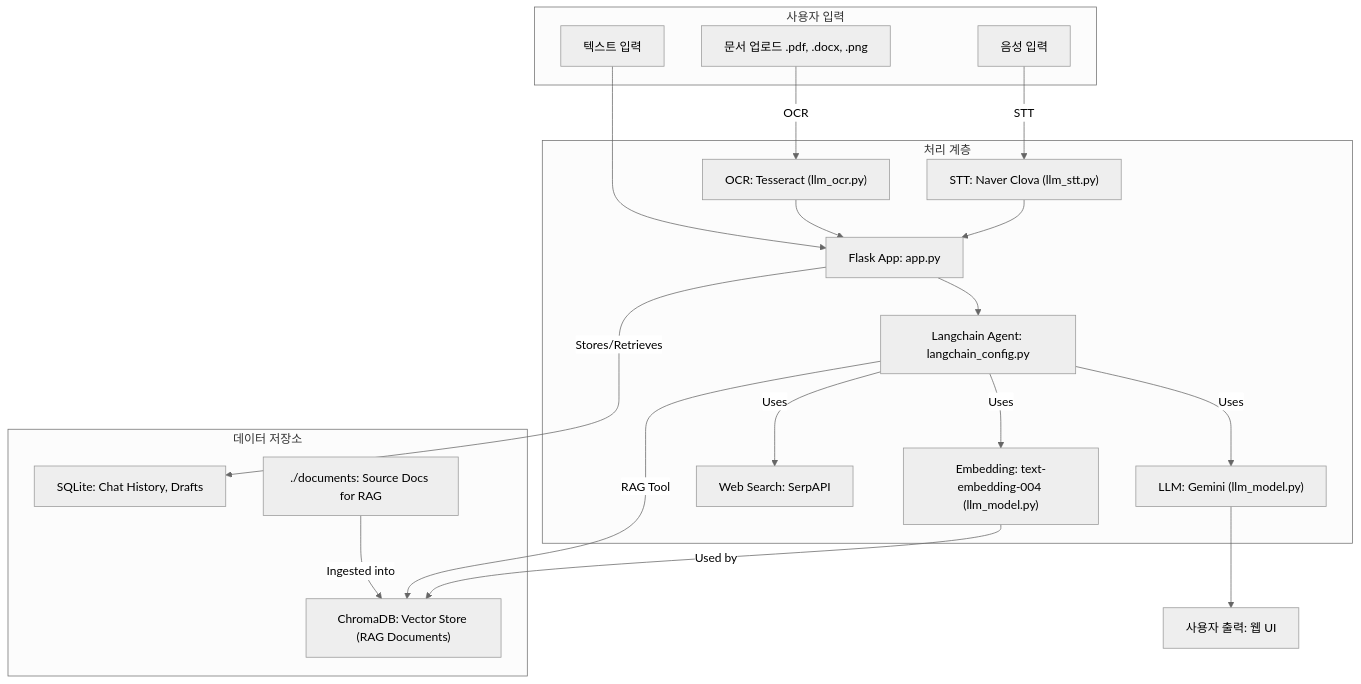
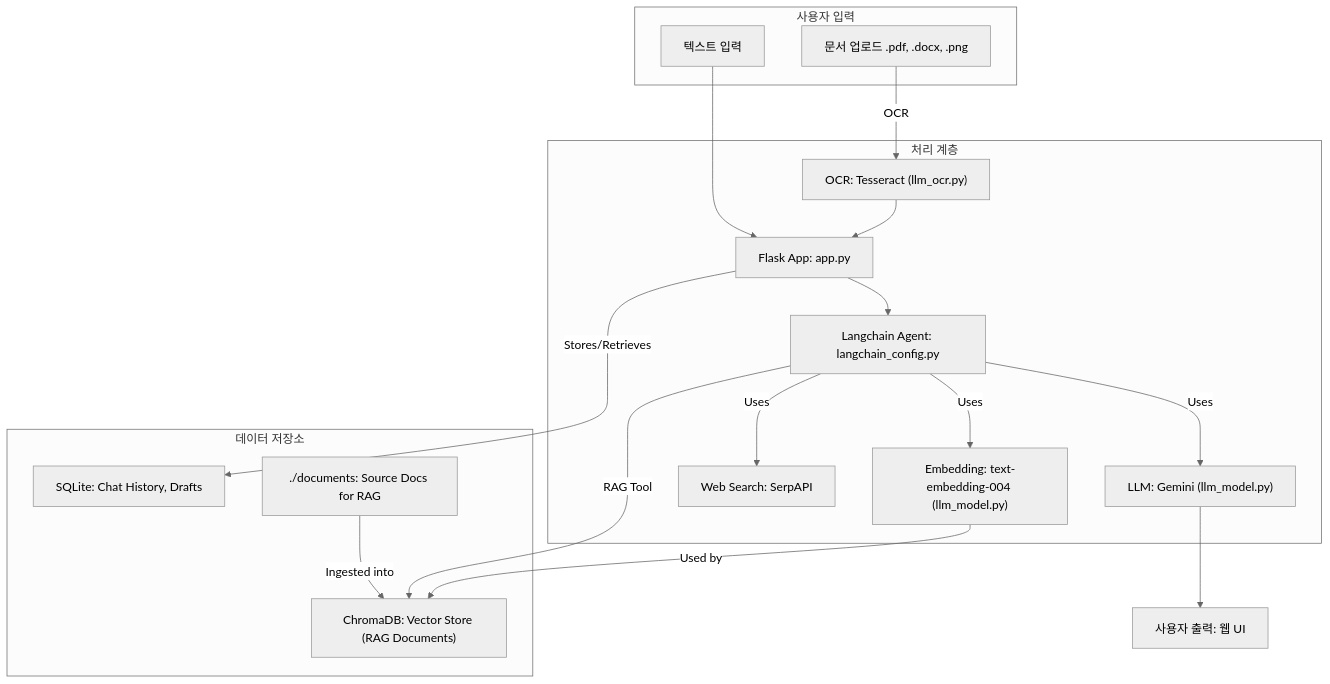
Before and after one commit to Fulish0707/LegalAssistant: the diagram in README.md, drawn with Mermaid (neutral theme). The commit also changed other lines of this file and 12 other files, not shown here.

````diff
--- a/README.md
+++ b/README.md
@@ -54,45 +48,42 @@
 ```mermaid
 graph TD
     subgraph UserInput["사용자 입력"]
         UI_Text[텍스트 입력]
         UI_DocUpload[문서 업로드 .pdf, .docx, .png]
-        UI_Audio[음성 입력]
     end
 
     subgraph Processing["처리 계층"]
         P_Flask["Flask App: app.py"]
         P_Langchain["Langchain Agent: langchain_config.py"]
         P_LLM["LLM: Gemini (llm_model.py)"]
         P_Embed["Embedding: text-embedding-004 (llm_model.py)"]
         P_OCR["OCR: Tesseract (llm_ocr.py)"]
-        P_STT["STT: Naver Clova (llm_stt.py)"]
         P_SerpAPI["Web Search: SerpAPI"]
     end
 
     subgraph DataStorage["데이터 저장소"]
         DS_Chroma["ChromaDB: Vector Store (RAG Documents)"]
         DS_SQLite["SQLite: Chat History, Drafts"]
         DS_Docs["./documents: Source Docs for RAG"]
     end
 
     UI_Text --> P_Flask
     UI_DocUpload -- OCR --> P_OCR --> P_Flask
-    UI_Audio -- STT --> P_STT --> P_Flask
 
     P_Flask --> P_Langchain
     P_Langchain -- Uses --> P_LLM
     P_Langchain -- Uses --> P_Embed
     P_Langchain -- Uses --> P_SerpAPI
     P_Langchain -- RAG Tool --> DS_Chroma
 
     DS_Docs -- Ingested into --> DS_Chroma
     P_Embed -- Used by --> DS_Chroma
 
     P_Flask -- Stores/Retrieves --> DS_SQLite
 
     P_LLM --> UserOutput["사용자 출력: 웹 UI"]
 
-    class UserInput,P_Flask,P_Langchain,P_LLM,P_Embed,P_OCR,P_STT,P_SerpAPI,DS_Chroma,DS_SQLite,DS_Docs,UserOutput user
+    class UserInput,P_Flask,P_Langchain,P_LLM,P_Embed,P_OCR,P_SerpAPI,DS_Chroma,DS_SQLite,DS_Docs,UserOutput user
     class Processing processing
     class DataStorage data
 ```
````
